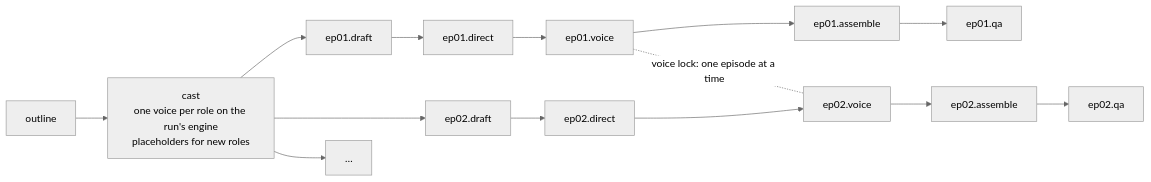
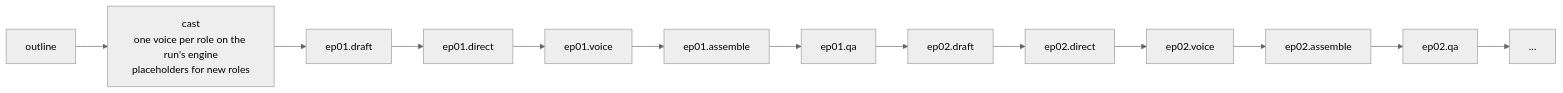
Before and after one commit to dhp-exe/ai-audio: the fifth of 6 diagrams in docs/ARCHITECTURE.md, drawn with Mermaid (neutral theme). The commit also changed other lines of this file and 8 other files, not shown here.

````diff
--- a/docs/ARCHITECTURE.md
+++ b/docs/ARCHITECTURE.md
@@ -257,8 +257,7 @@
 ```mermaid
 flowchart LR
     O[outline] --> C[cast<br/>one voice per role on the run's engine<br/>placeholders for new roles]
     C --> D1[ep01.draft] --> P1[ep01.direct] --> V1[ep01.voice] --> A1[ep01.assemble] --> Q1[ep01.qa]
-    C --> D2[ep02.draft] --> P2[ep02.direct] --> V2[ep02.voice] --> A2[ep02.assemble] --> Q2[ep02.qa]
-    C --> D3[…]
-    V1 -. voice lock: one episode at a time .- V2
+    Q1 --> D2[ep02.draft] --> P2[ep02.direct] --> V2[ep02.voice] --> A2[ep02.assemble] --> Q2[ep02.qa]
+    Q2 --> D3[…]
 ```
````
